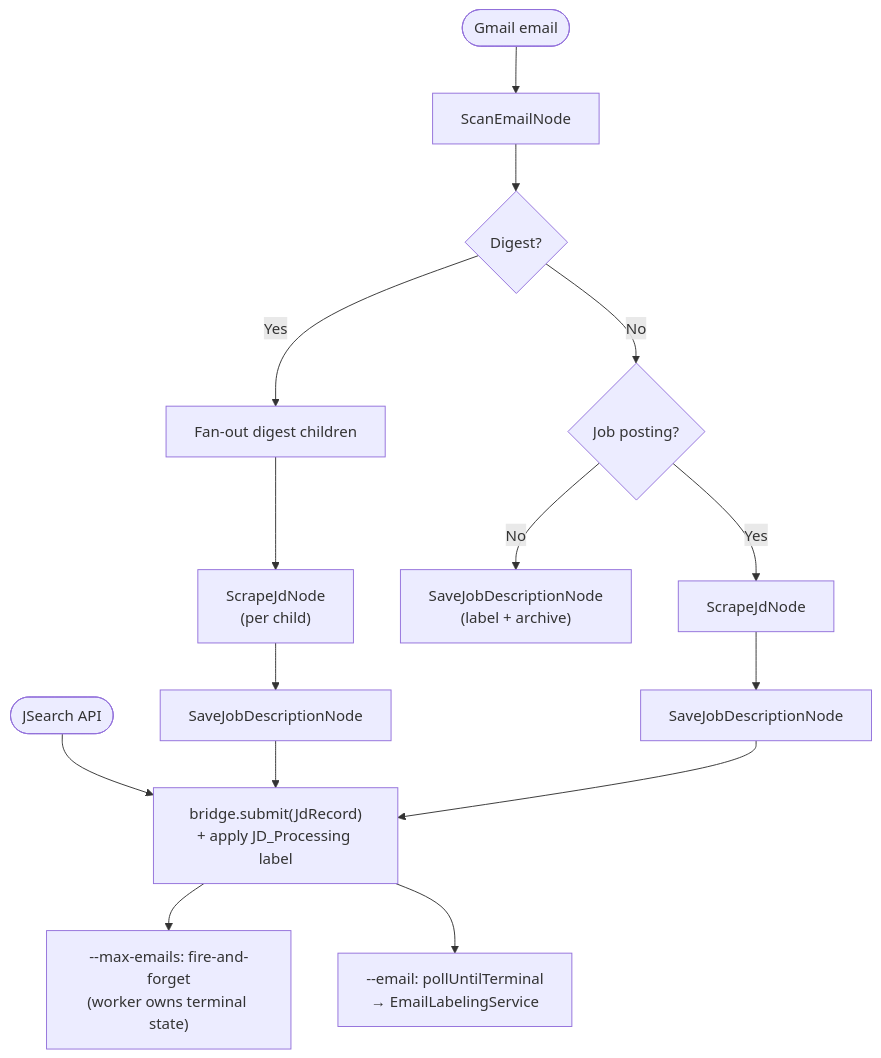
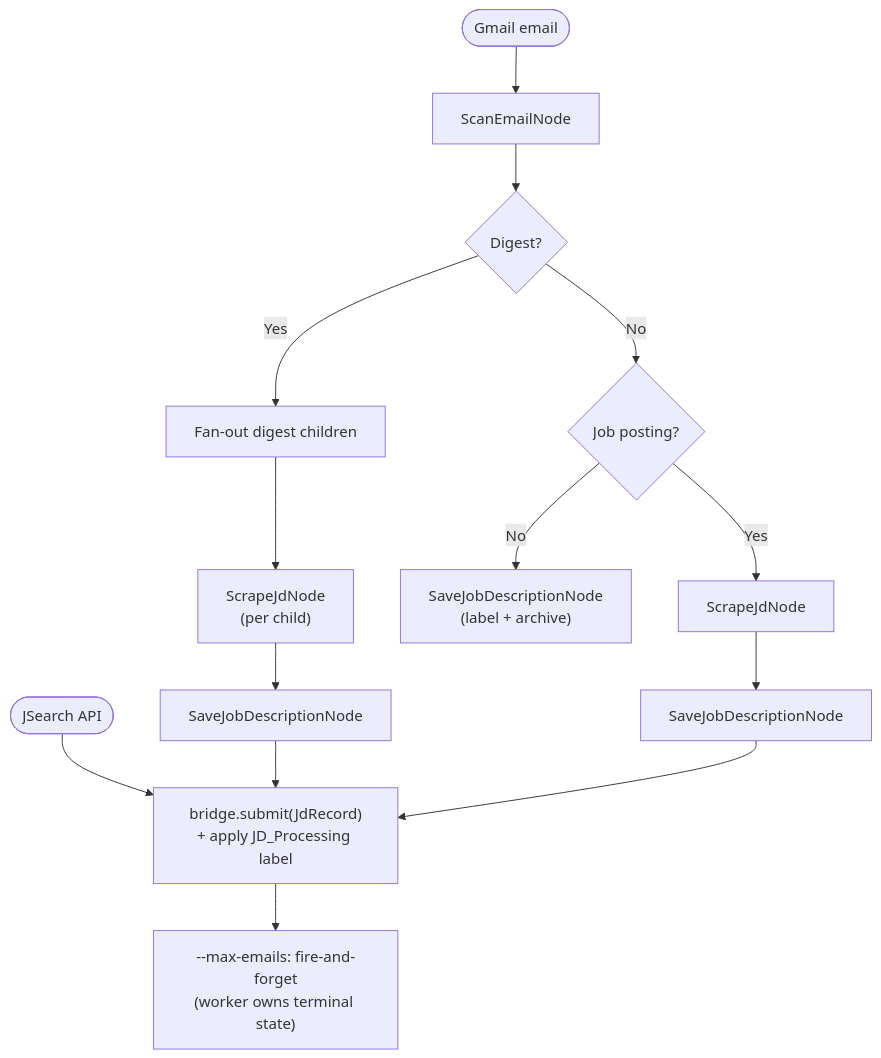
Before and after one commit to dkkyai/job-fit-apply-ai: the first of 2 diagrams in services/job-fit-apply-ai-pipeline/README.md, drawn with Mermaid. The commit also changed other lines of this file and 17 other files, not shown here.

````diff
--- a/services/job-fit-apply-ai-pipeline/README.md
+++ b/services/job-fit-apply-ai-pipeline/README.md
@@ -40,22 +40,21 @@
 ```mermaid
 flowchart TD
     Email(["Gmail email"]) --> Scan["ScanEmailNode"]
     JSearch(["JSearch API"]) --> Submit
 
     Scan --> DigestQ{"Digest?"}
     DigestQ -->|Yes| FanOut["Fan-out digest children"]
     DigestQ -->|No| PostingQ{"Job posting?"}
 
     PostingQ -->|No| SaveNonJob["SaveJobDescriptionNode\n(label + archive)"]
     PostingQ -->|Yes| ScrapeSingle["ScrapeJdNode"]
 
     FanOut --> ChildScrape["ScrapeJdNode\n(per child)"]
     ChildScrape --> ChildSave["SaveJobDescriptionNode"]
     ChildSave --> Submit
 
     ScrapeSingle --> SaveSingle["SaveJobDescriptionNode"]
     SaveSingle --> Submit
 
     Submit["bridge.submit(JdRecord)\n+ apply JD_Processing label"] --> Batch["--max-emails: fire-and-forget\n(worker owns terminal state)"]
-    Submit --> Single["--email: pollUntilTerminal\n→ EmailLabelingService"]
 ```
````
